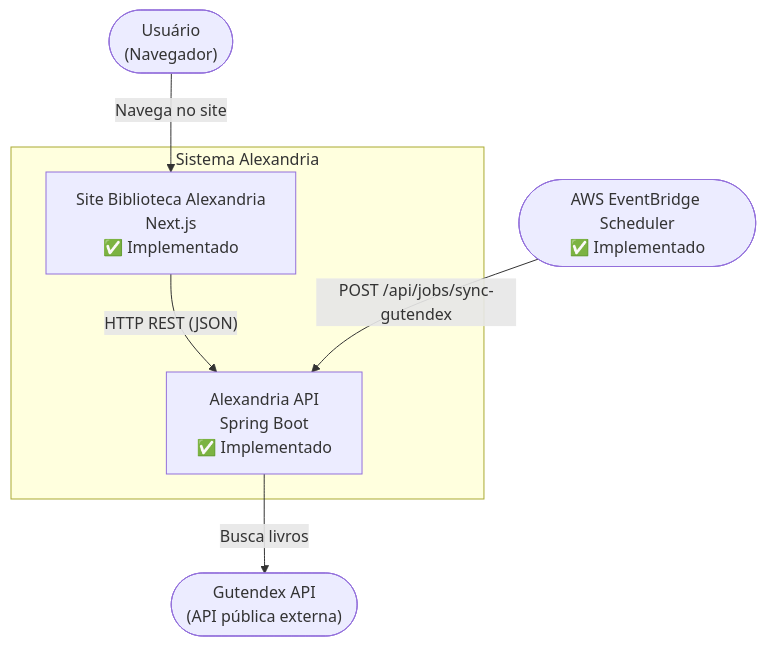
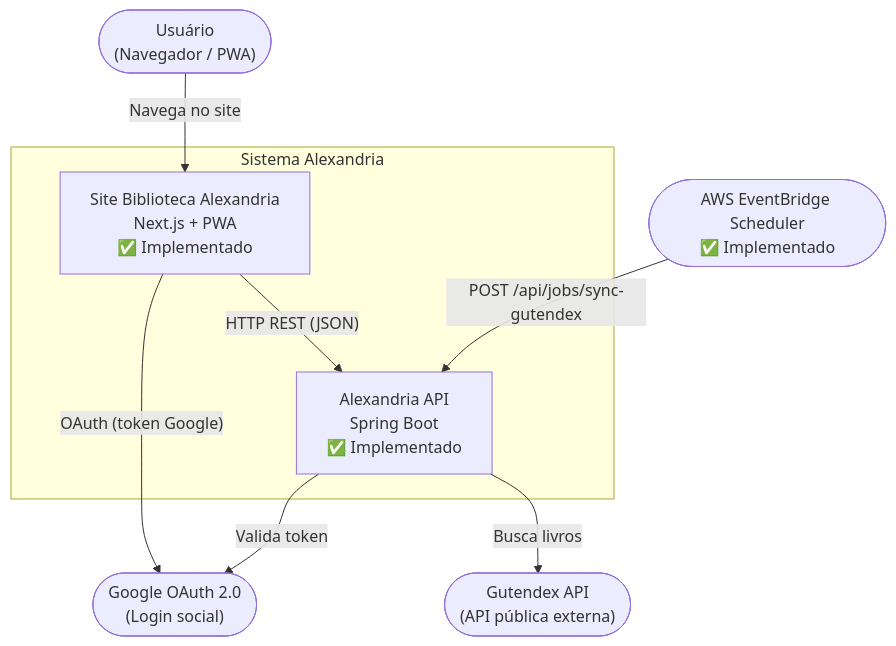
Before and after one commit to mba-puc-alexandria/alexandria: the first of 4 diagrams in alexandria-backend/markdown/C4_MODEL.md, drawn with Mermaid. The commit also changed other lines of this file and 4 other files, not shown here.

````diff
--- a/alexandria-backend/markdown/C4_MODEL.md
+++ b/alexandria-backend/markdown/C4_MODEL.md
@@ -9,16 +9,19 @@
 ```mermaid
 graph TB
     subgraph "Sistema Alexandria"
-        FRONTEND["Site Biblioteca Alexandria<br/>Next.js<br/>✅ Implementado"]
+        FRONTEND["Site Biblioteca Alexandria<br/>Next.js + PWA<br/>✅ Implementado"]
         BACKEND["Alexandria API<br/>Spring Boot<br/>✅ Implementado"]
     end
 
-    USUARIO(["Usuário<br/>(Navegador)"])
+    USUARIO(["Usuário<br/>(Navegador / PWA)"])
     GUTENDEX_API(["Gutendex API<br/>(API pública externa)"])
+    GOOGLE(["Google OAuth 2.0<br/>(Login social)"])
     EVENTBRIDGE(["AWS EventBridge Scheduler<br/>✅ Implementado"])
 
     USUARIO -->|"Navega no site"| FRONTEND
     FRONTEND -->|"HTTP REST (JSON)"| BACKEND
+    FRONTEND -->|"OAuth (token Google)"| GOOGLE
+    BACKEND -->|"Valida token"| GOOGLE
     BACKEND -->|"Busca livros"| GUTENDEX_API
     EVENTBRIDGE -->|"POST /api/jobs/sync-gutendex"| BACKEND
 ```
````
